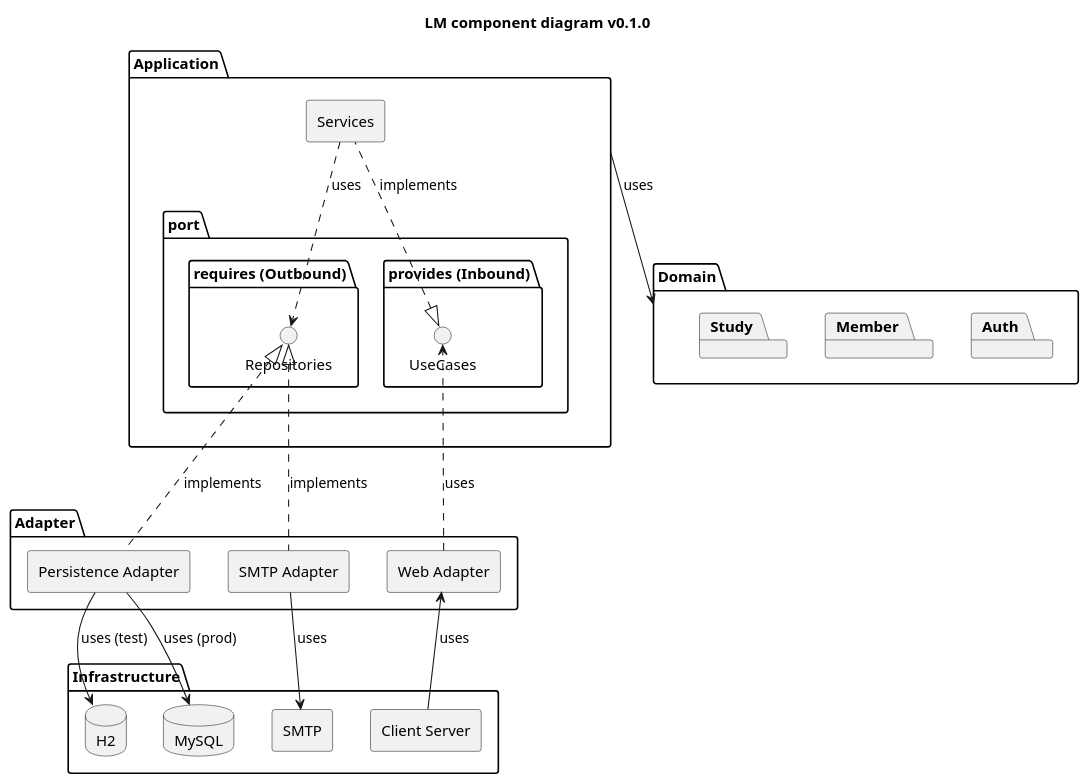
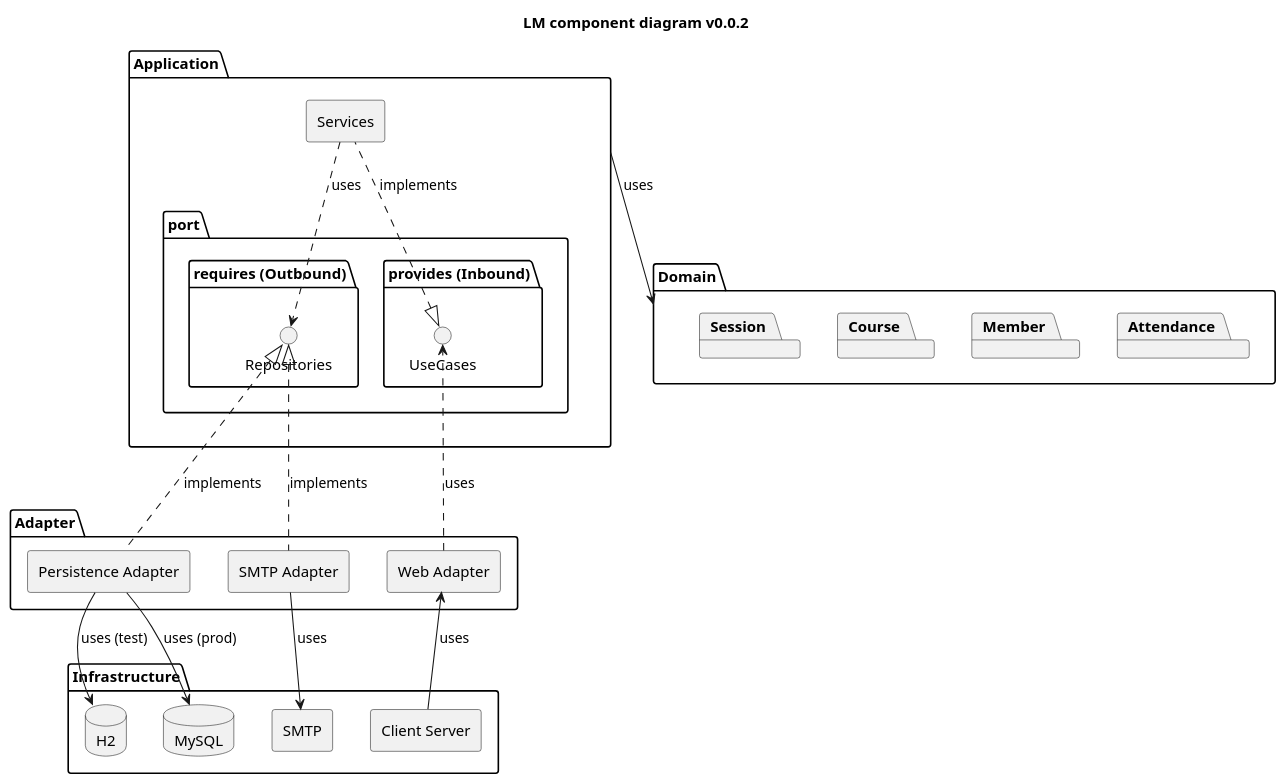
Before and after one commit to f-lab-edu/learning-manager: the diagram in docs/components.puml, drawn with PlantUML. The commit also changed 67 other files, not shown here.

Commit message:
Session 을 Course 및 Curriculum 하위에서 독립적으로 분리, 데이터베이스 스키마 및 기타 문서 업데이트 (#20)

```diff
--- a/docs/components.puml
+++ b/docs/components.puml
@@ -1,58 +1,60 @@
 @startuml
-title "LM component diagram v0.1.0"
+title "LM component diagram v0.0.2"
 skinparam componentStyle rectangle
 
 package "Infrastructure" as "Infra"{
     component "Client Server"
     database "MySQL"
     database "H2"
     component "SMTP"
 }
 
 package "Adapter" {
   component "Web Adapter"
   component "Persistence Adapter"
   component "SMTP Adapter"
 }
 
 package "Application" as App {
   package "port" {
     package "provides (Inbound)" {
       interface "UseCases"
     }
     package "requires (Outbound)" {
       interface "Repositories"
     }
   }
   component "Services"
 }
 
 package "Domain" {
-  package "Auth"{
+  package "Attendance"{
   }
   package "Member"{
 
   }
-  package "Study"{
+  package "Course"{
+  }
+  package "Session"{
   }
 }
 
 
 ' 의존 관계
 "Client Server" --> "Web Adapter" : uses
 
 "Web Adapter" ..> UseCases : uses
 Services .up.|> UseCases : implements
 
 Services ..> Repositories : uses
 "Persistence Adapter" .up.|> Repositories : implements
 
 "SMTP Adapter" .up.|> Repositories : implements
 "SMTP Adapter" --> "SMTP" : uses
 
 App --> Domain :uses
 
 "Persistence Adapter" --> "MySQL" : uses (prod)
 "Persistence Adapter" --> "H2" : uses (test)
 
 @enduml
```
